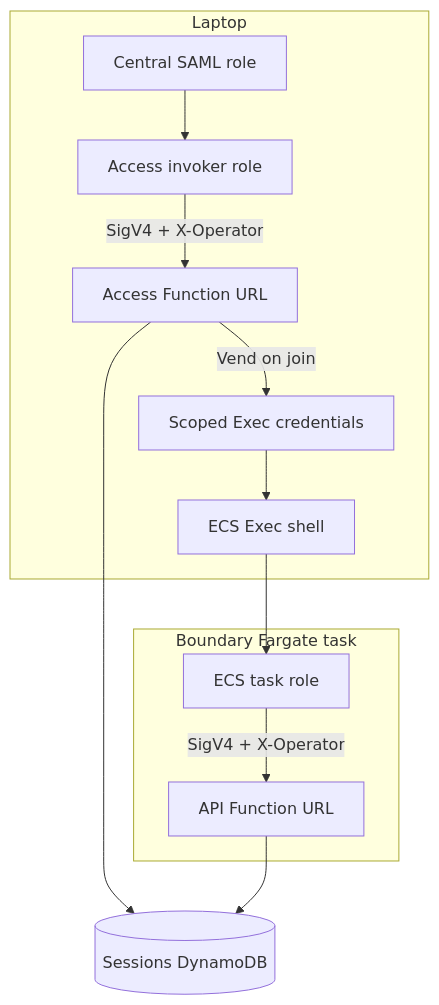
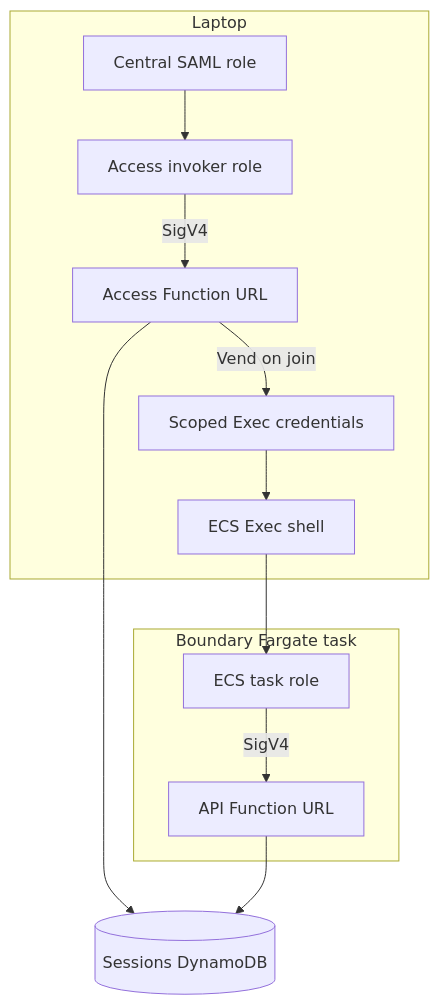
One commit to Alcamech/rosa-hyperfleet-zoa changed the second of 2 diagrams in docs/guides/operator-workflow.md. Above: the diagram before and after it, drawn with Mermaid. The commit also changed other lines of this file and 7 other files, not shown here.

````diff
--- a/docs/guides/operator-workflow.md
+++ b/docs/guides/operator-workflow.md
@@ -207,19 +207,19 @@
 ```mermaid
 flowchart TB
   subgraph laptop [Laptop]
     Hub[Central SAML role]
     Invoker[Access invoker role]
     ExecCreds[Scoped Exec credentials]
     Hub --> Invoker
-    Invoker -->|"SigV4 + X-Operator"| AccessLambda[Access Function URL]
+    Invoker -->|"SigV4"| AccessLambda[Access Function URL]
     AccessLambda -->|"Vend on join"| ExecCreds
     ExecCreds --> Shell[ECS Exec shell]
   end
   subgraph boundary [Boundary Fargate task]
     TaskRole[ECS task role]
     Shell --> TaskRole
-    TaskRole -->|"SigV4 + X-Operator"| APILambda[API Function URL]
+    TaskRole -->|"SigV4"| APILambda[API Function URL]
   end
   AccessLambda --> DDB[(Sessions DynamoDB)]
   APILambda --> DDB
 ```
````
